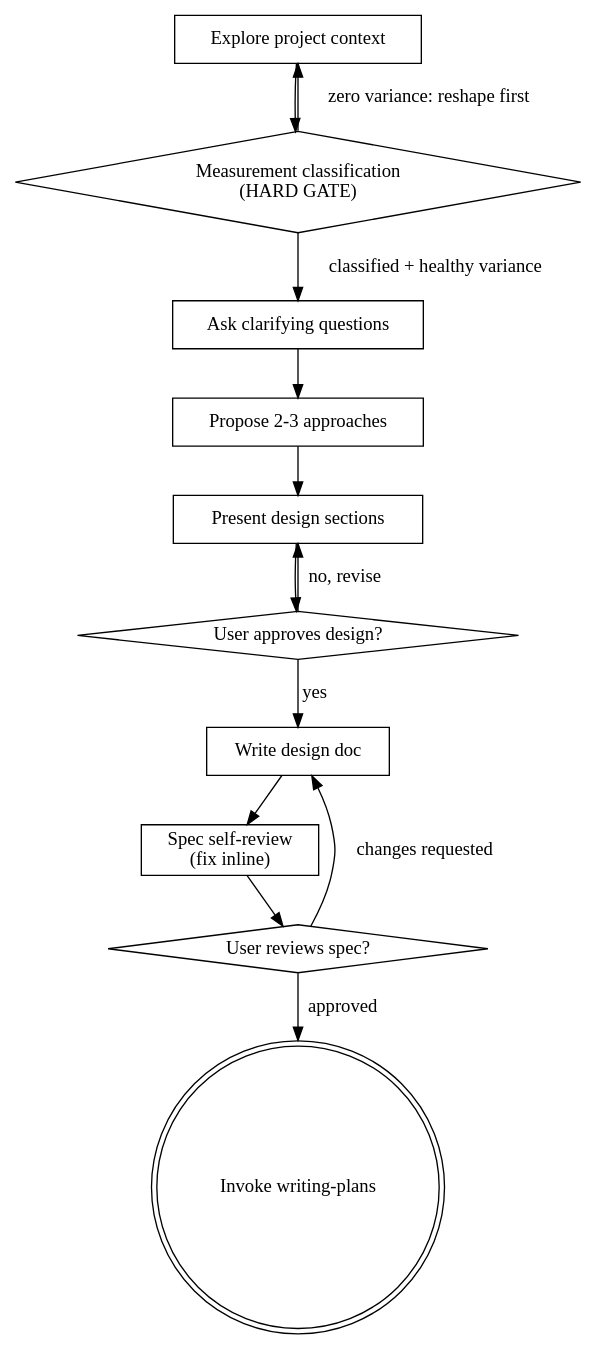
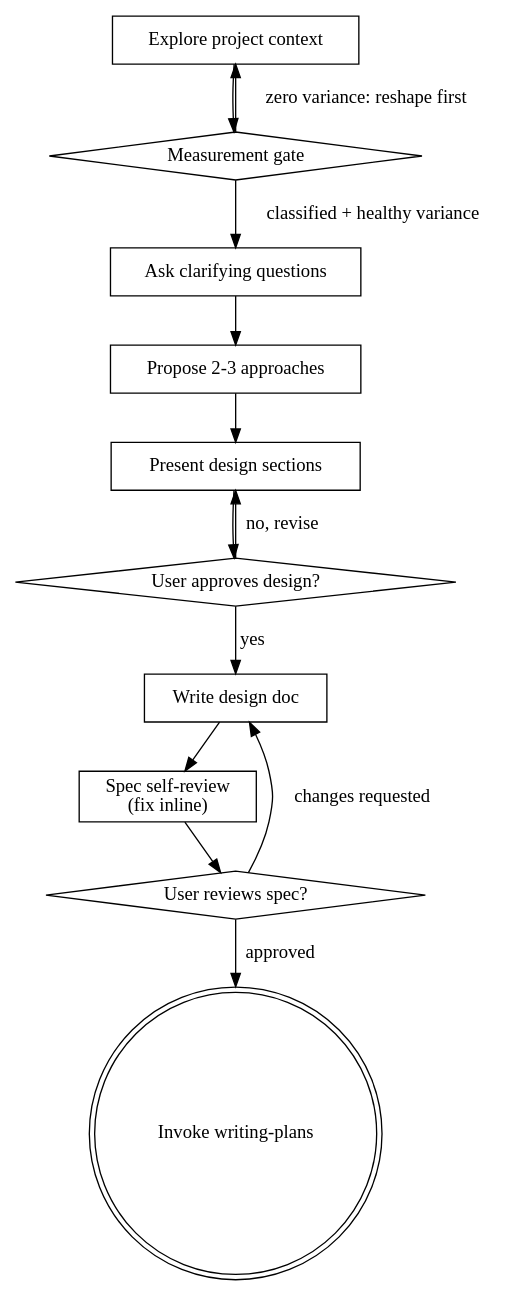
One commit to frozename/penumbra changed the diagram in plugin/skills/brainstorming/SKILL.md. Above: the diagram before and after it, drawn with Graphviz. The commit also changed other lines of this file and 1 other file, not shown here.

````diff
--- a/plugin/skills/brainstorming/SKILL.md
+++ b/plugin/skills/brainstorming/SKILL.md
@@ -73,27 +82,27 @@
 ```dot
 digraph brainstorming {
     "Explore project context" [shape=box];
-    "Measurement classification\n(HARD GATE)" [shape=diamond];
+    "Measurement gate" [shape=diamond];
     "Ask clarifying questions" [shape=box];
     "Propose 2-3 approaches" [shape=box];
     "Present design sections" [shape=box];
     "User approves design?" [shape=diamond];
     "Write design doc" [shape=box];
     "Spec self-review\n(fix inline)" [shape=box];
     "User reviews spec?" [shape=diamond];
     "Invoke writing-plans" [shape=doublecircle];
 
-    "Explore project context" -> "Measurement classification\n(HARD GATE)";
-    "Measurement classification\n(HARD GATE)" -> "Ask clarifying questions" [label="classified + healthy variance"];
-    "Measurement classification\n(HARD GATE)" -> "Explore project context" [label="zero variance: reshape first"];
+    "Explore project context" -> "Measurement gate";
+    "Measurement gate" -> "Ask clarifying questions" [label="classified + healthy variance"];
+    "Measurement gate" -> "Explore project context" [label="zero variance: reshape first"];
     "Ask clarifying questions" -> "Propose 2-3 approaches";
     "Propose 2-3 approaches" -> "Present design sections";
     "Present design sections" -> "User approves design?";
     "User approves design?" -> "Present design sections" [label="no, revise"];
     "User approves design?" -> "Write design doc" [label="yes"];
     "Write design doc" -> "Spec self-review\n(fix inline)";
     "Spec self-review\n(fix inline)" -> "User reviews spec?";
     "User reviews spec?" -> "Write design doc" [label="changes requested"];
     "User reviews spec?" -> "Invoke writing-plans" [label="approved"];
 }
 ```
````
